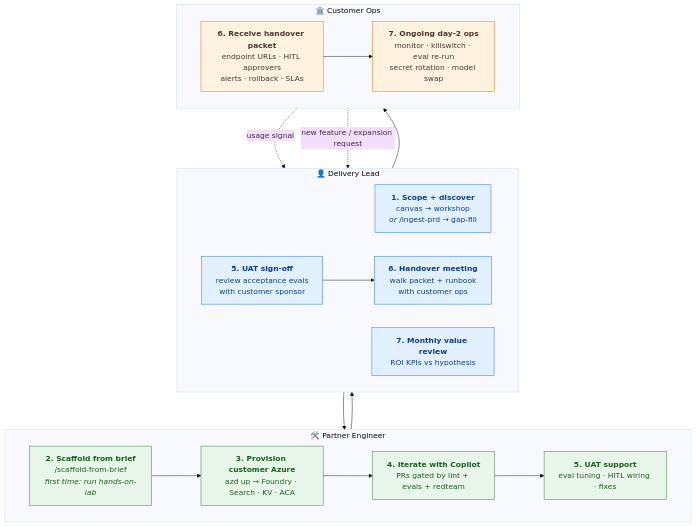
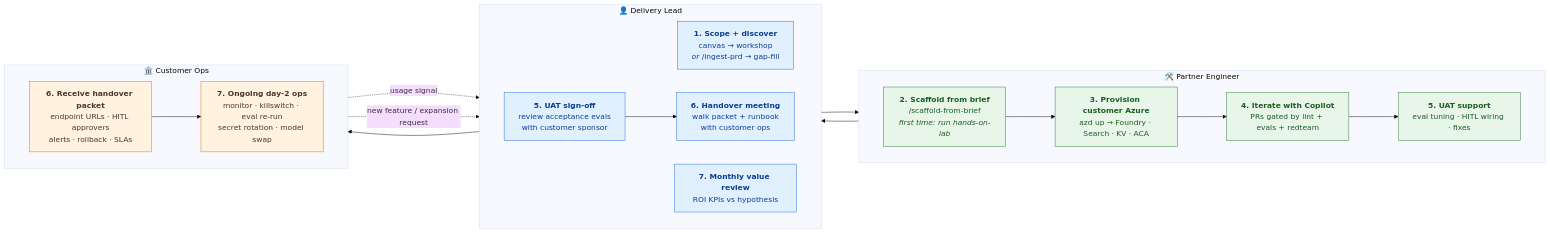
One commit to Azure-Samples/agentic-ai-solution-accelerator changed the diagram in docs/partner-workflow.md. Above: the diagram before and after it, drawn with Mermaid. The commit also changed 6 other files, not shown here.

````diff
--- a/docs/partner-workflow.md
+++ b/docs/partner-workflow.md
@@ -35,52 +35,52 @@
 ```mermaid
 %%{init: {'theme':'base','themeVariables':{'fontSize':'16px'},'flowchart':{'nodeSpacing':50,'rankSpacing':80,'htmlLabels':true,'curve':'basis'}}}%%
-flowchart TB
+flowchart LR
     classDef lead fill:#E1F0FF,stroke:#1F6FEB,color:#0B3D91,stroke-width:1px;
     classDef eng  fill:#E8F5E9,stroke:#2E7D32,color:#1B5E20,stroke-width:1px;
     classDef ops  fill:#FFF3E0,stroke:#EF6C00,color:#4E342E,stroke-width:1px;
 
     subgraph DL["👤 Delivery Lead"]
         direction LR
         D1["<b>1. Scope + discover</b><br/>canvas → workshop<br/><i>or</i> /ingest-prd → gap-fill"]
         D5["<b>5. UAT sign-off</b><br/>review acceptance evals<br/>with customer sponsor"]
         D6["<b>6. Handover meeting</b><br/>walk packet + runbook<br/>with customer ops"]
         D7["<b>7. Monthly value review</b><br/>ROI KPIs vs hypothesis"]
     end
 
     subgraph PE["🛠️ Partner Engineer"]
         direction LR
         E1["<b>2. Scaffold from brief</b><br/>/scaffold-from-brief<br/><i>first time: run hands-on-lab</i>"]
         E2["<b>3. Provision customer Azure</b><br/>azd up → Foundry · Search · KV · ACA"]
         E3["<b>4. Iterate with Copilot</b><br/>PRs gated by lint + evals + redteam"]
         E4["<b>5. UAT support</b><br/>eval tuning · HITL wiring · fixes"]
     end
 
     subgraph CO["🏛️ Customer Ops"]
         direction LR
         C1["<b>6. Receive handover packet</b><br/>endpoint URLs · HITL approvers<br/>alerts · rollback · SLAs"]
         C2["<b>7. Ongoing day-2 ops</b><br/>monitor · killswitch · eval re-run<br/>secret rotation · model swap"]
     end
 
     D1 --> E1
     E1 --> E2 --> E3 --> E4
     E4 --> D5
     D5 --> D6 --> C1
     C1 --> C2
     C2 -. usage signal .-> D7
     C2 -. new feature / expansion request .-> D1
 
     class D1,D5,D6,D7 lead;
     class E1,E2,E3,E4 eng;
     class C1,C2 ops;
 
-    click D1 "discovery/how-to-use/" "D1 first action: open the discovery kit sequence (canvas → workshop, or /ingest-prd branch)"
-    click D5 "partner-playbook/#stage-5--uat" "D5 first action: read Stage 5 UAT sign-off criteria"
-    click D6 "handover/handover-packet-template/" "D6 first action: open the handover packet template"
-    click D7 "partner-playbook/#stage-7--measure" "D7 first action: Stage 7 — Measure (monthly KPI review)"
-    click E1 "QUICKSTART/#step-3--scaffold-the-solution-from-the-brief" "E1 first action: QUICKSTART Step 3 — Scaffold (first-timer? run hands-on-lab once first)"
-    click E2 "getting-started/setup-and-prereqs/" "E2 first action: Setup & prereqs — azd up + troubleshooting"
-    click E3 "QUICKSTART/#step-4--provision--deploy-to-customers-azure" "E3 first action: QUICKSTART Steps 4–5 — iterate through CI gates"
-    click E4 "partner-playbook/#stage-5--uat" "E4 first action: Stage 5 — UAT (engineer view)"
-    click C1 "customer-runbook/" "C1 first action: open your engagement-specific handover packet (partner-delivered); customer-runbook is the fallback"
-    click C2 "customer-runbook/" "C2 first action: your handover packet for this engagement; customer-runbook is the fallback"
+    click D1 "../discovery/how-to-use/" "D1 first action: open the discovery kit sequence (canvas → workshop, or /ingest-prd branch)"
+    click D5 "../partner-playbook/#stage-5--uat" "D5 first action: read Stage 5 UAT sign-off criteria"
+    click D6 "../handover/handover-packet-template/" "D6 first action: open the handover packet template"
+    click D7 "../partner-playbook/#stage-7--measure" "D7 first action: Stage 7 — Measure (monthly KPI review)"
+    click E1 "../QUICKSTART/#step-3--scaffold-the-solution-from-the-brief" "E1 first action: QUICKSTART Step 3 — Scaffold (first-timer? run hands-on-lab once first)"
+    click E2 "../getting-started/setup-and-prereqs/" "E2 first action: Setup & prereqs — azd up + troubleshooting"
+    click E3 "../QUICKSTART/#step-4--provision--deploy-to-customers-azure" "E3 first action: QUICKSTART Steps 4–5 — iterate through CI gates"
+    click E4 "../partner-playbook/#stage-5--uat" "E4 first action: Stage 5 — UAT (engineer view)"
+    click C1 "../customer-runbook/" "C1 first action: open your engagement-specific handover packet (partner-delivered); customer-runbook is the fallback"
+    click C2 "../customer-runbook/" "C2 first action: your handover packet for this engagement; customer-runbook is the fallback"
 ```
````
